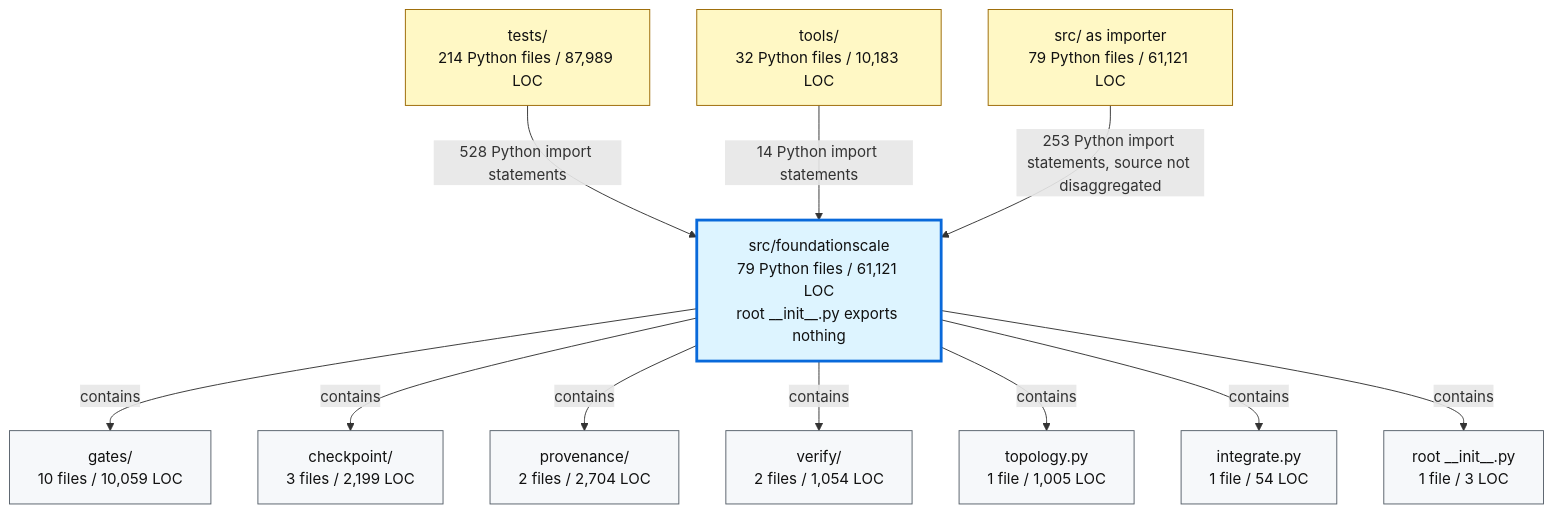
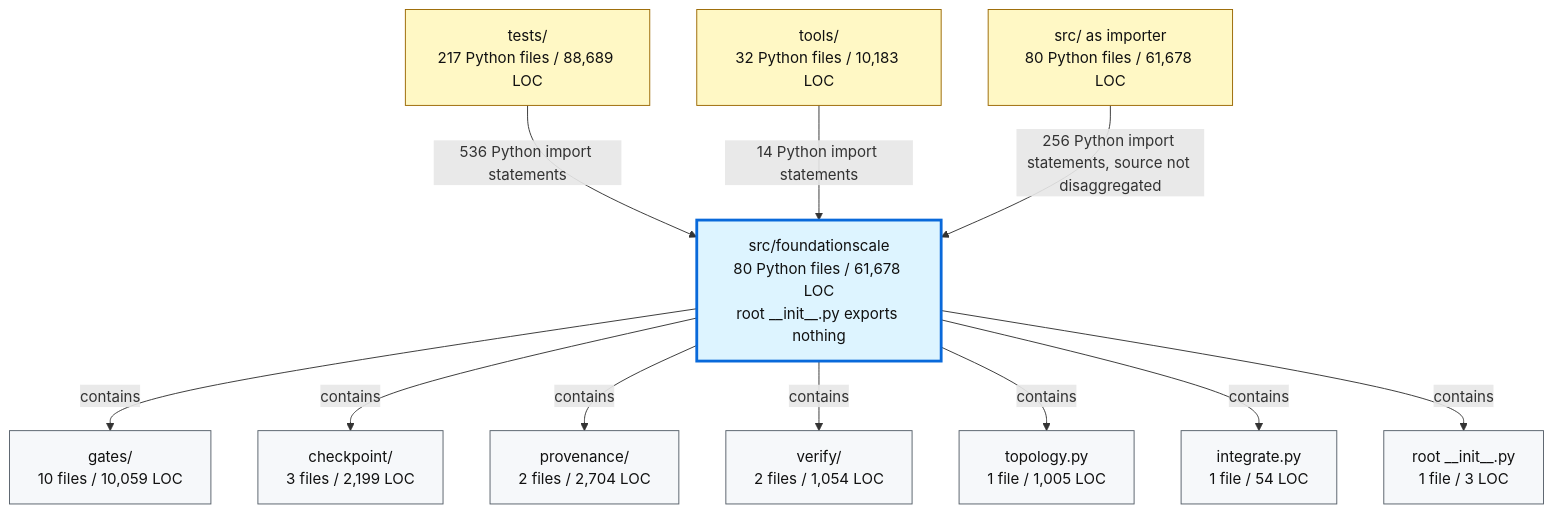
The second of 2 diagrams in docs/review/D2_current_architecture.md (TranNhiem/FoundationScale), drawn with Mermaid before and after one commit. The commit also changed other lines of this file and 10 other files, not shown here.

````diff
--- a/docs/review/D2_current_architecture.md
+++ b/docs/review/D2_current_architecture.md
@@ -97,36 +97,36 @@
 ```mermaid
 flowchart TB
-  TESTS["tests/<br/>214 Python files / 87,989 LOC"]
+  TESTS["tests/<br/>217 Python files / 88,689 LOC"]
   TOOLS["tools/<br/>32 Python files / 10,183 LOC"]
-  SRC["src/ as importer<br/>79 Python files / 61,121 LOC"]
+  SRC["src/ as importer<br/>80 Python files / 61,678 LOC"]
 
-  FS["src/foundationscale<br/>79 Python files / 61,121 LOC<br/>root __init__.py exports nothing"]
+  FS["src/foundationscale<br/>80 Python files / 61,678 LOC<br/>root __init__.py exports nothing"]
 
   GATES["gates/<br/>10 files / 10,059 LOC"]
   CKPT["checkpoint/<br/>3 files / 2,199 LOC"]
   PROV["provenance/<br/>2 files / 2,704 LOC"]
   VERIFY["verify/<br/>2 files / 1,054 LOC"]
   TOPO["topology.py<br/>1 file / 1,005 LOC"]
   INTEG["integrate.py<br/>1 file / 54 LOC"]
   ROOT["root __init__.py<br/>1 file / 3 LOC"]
 
-  TESTS -->|"528 Python import statements"| FS
+  TESTS -->|"536 Python import statements"| FS
   TOOLS -->|"14 Python import statements"| FS
-  SRC -->|"253 Python import statements, source not disaggregated"| FS
+  SRC -->|"256 Python import statements, source not disaggregated"| FS
 
   FS -->|"contains"| GATES
   FS -->|"contains"| CKPT
   FS -->|"contains"| PROV
   FS -->|"contains"| VERIFY
   FS -->|"contains"| TOPO
   FS -->|"contains"| INTEG
   FS -->|"contains"| ROOT
 
   classDef consumer fill:#fff8c5,stroke:#9a6700,color:#111;
   classDef package fill:#ddf4ff,stroke:#0969da,stroke-width:3px,color:#111;
   classDef module fill:#f6f8fa,stroke:#57606a,color:#111;
 
   class TESTS,TOOLS,SRC consumer;
   class FS package;
   class GATES,CKPT,PROV,VERIFY,TOPO,INTEG,ROOT module;
 ```
````
